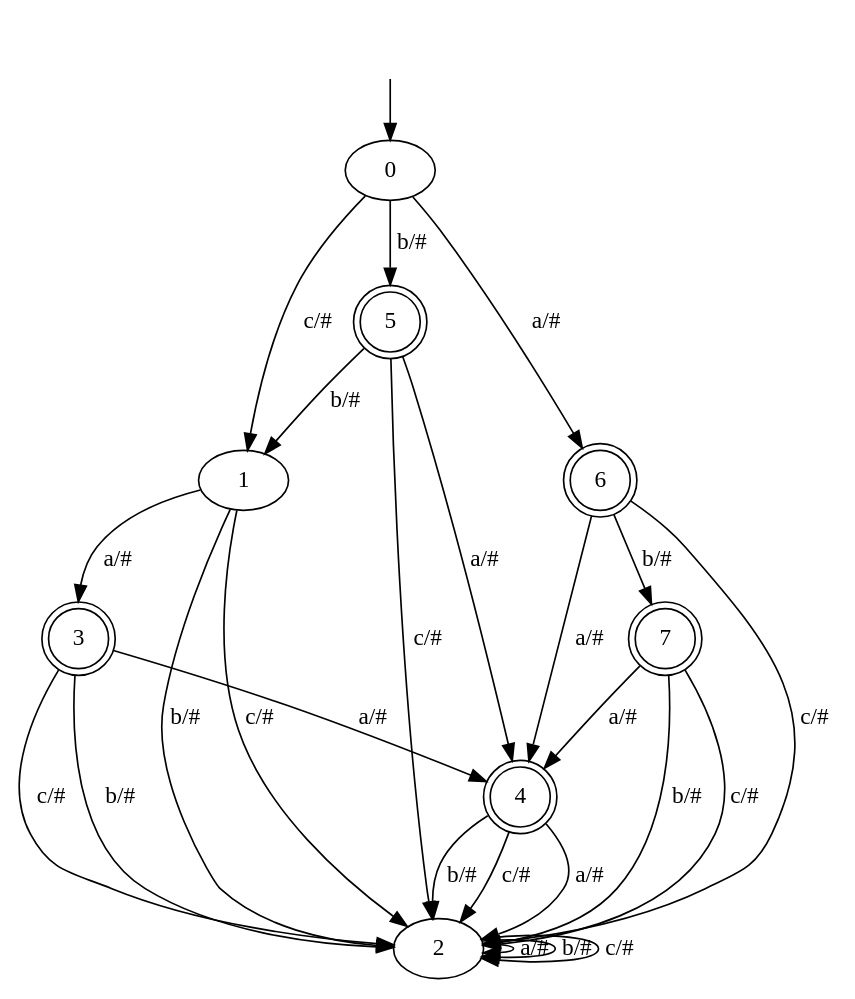
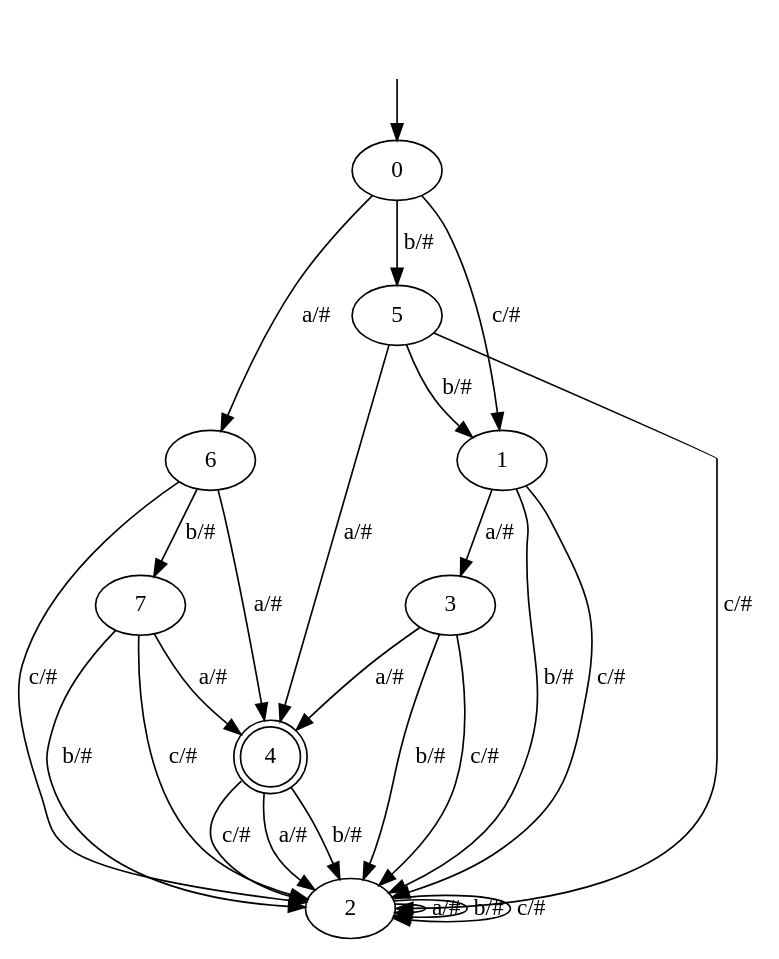
Before and after one commit to acoussea/AnalyseurLexical: the diagram in ND01.descr.descr.dot, drawn with Graphviz. The commit also changed 16 other files, not shown here.

```diff
--- a/ND01.descr.descr.dot
+++ b/ND01.descr.descr.dot
@@ -1,33 +1,29 @@
 digraph G {
 	"" [shape=none]
-	3 [shape=doublecircle]
 	4 [shape=doublecircle]
-	5 [shape=doublecircle]
-	6 [shape=doublecircle]
-	7 [shape=doublecircle]
 	"" ->0
 	0 -> 6[label="a/#"];
 	0 -> 5[label="b/#"];
 	0 -> 1[label="c/#"];
 	1 -> 3[label="a/#"];
 	1 -> 2[label="b/#"];
 	1 -> 2[label="c/#"];
 	2 -> 2[label="a/#"];
 	2 -> 2[label="b/#"];
 	2 -> 2[label="c/#"];
 	3 -> 4[label="a/#"];
 	3 -> 2[label="b/#"];
 	3 -> 2[label="c/#"];
 	4 -> 2[label="a/#"];
 	4 -> 2[label="b/#"];
 	4 -> 2[label="c/#"];
 	5 -> 4[label="a/#"];
 	5 -> 1[label="b/#"];
 	5 -> 2[label="c/#"];
 	6 -> 4[label="a/#"];
 	6 -> 7[label="b/#"];
 	6 -> 2[label="c/#"];
 	7 -> 4[label="a/#"];
 	7 -> 2[label="b/#"];
 	7 -> 2[label="c/#"];
 }
```
